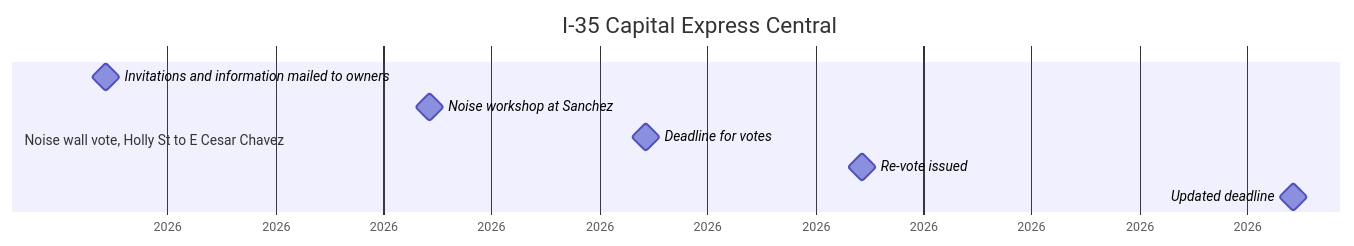
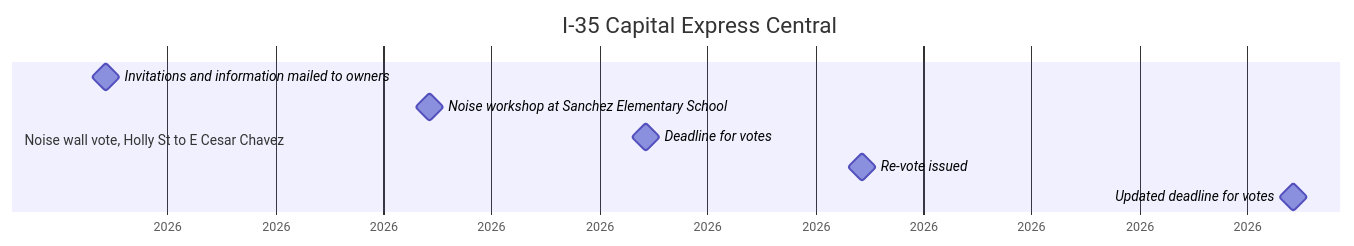
The first of 40 diagrams in docs/projects.md (changesaroundme/calendars), drawn with Mermaid before and after one commit. The commit also changed other lines of this file and 1 other file, not shown here.

````diff
--- a/docs/projects.md
+++ b/docs/projects.md
@@ -23,12 +23,12 @@
 ```mermaid
 gantt
     title I-35 Capital Express Central
     dateFormat YYYY-MM-DD
     axisFormat %Y
     section Noise wall vote, Holly St to E Cesar Chavez
     Invitations and information mailed to owners :milestone, p1, 2026-01-28, 0d
-    Noise workshop at Sanchez :milestone, p2, 2026-02-18, 0d
+    Noise workshop at Sanchez Elementary School :milestone, p2, 2026-02-18, 0d
     Deadline for votes :milestone, p3, 2026-03-04, 0d
     Re-vote issued :milestone, p4, 2026-03-18, 0d
-    Updated deadline :milestone, p5, 2026-04-15, 0d
+    Updated deadline for votes :milestone, p5, 2026-04-15, 0d
 ```
````
